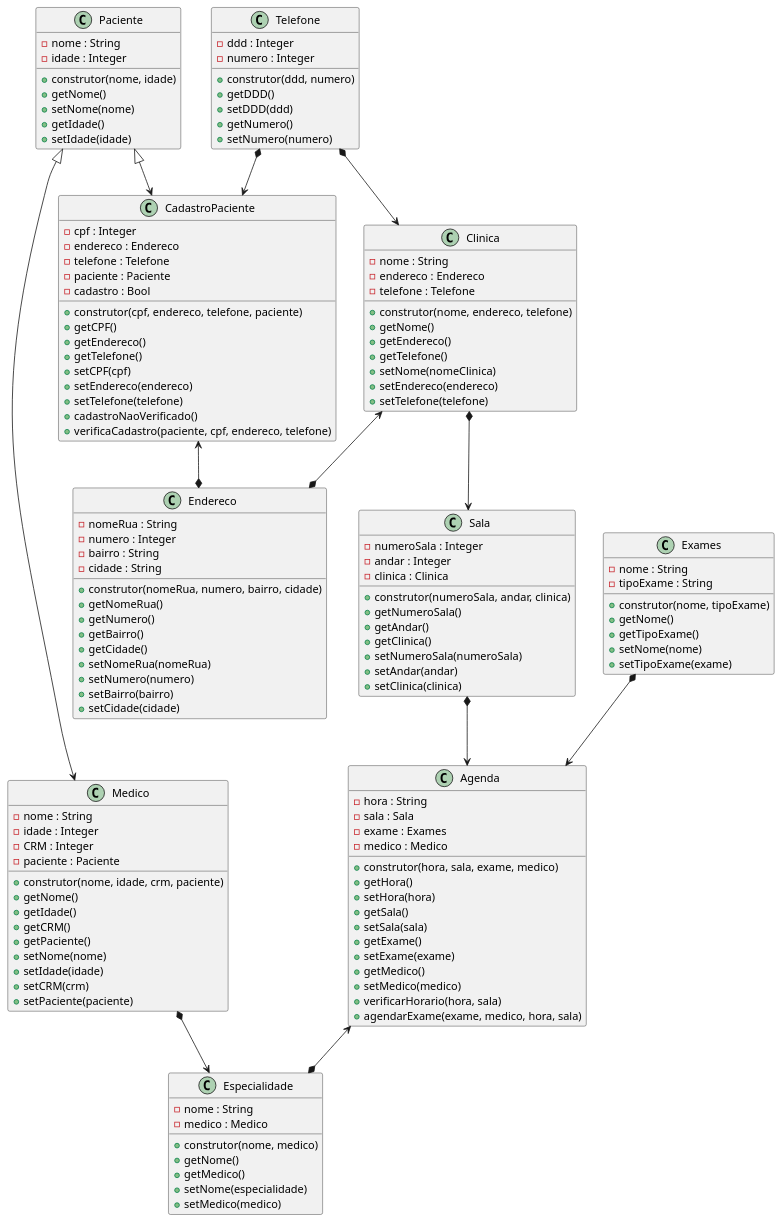
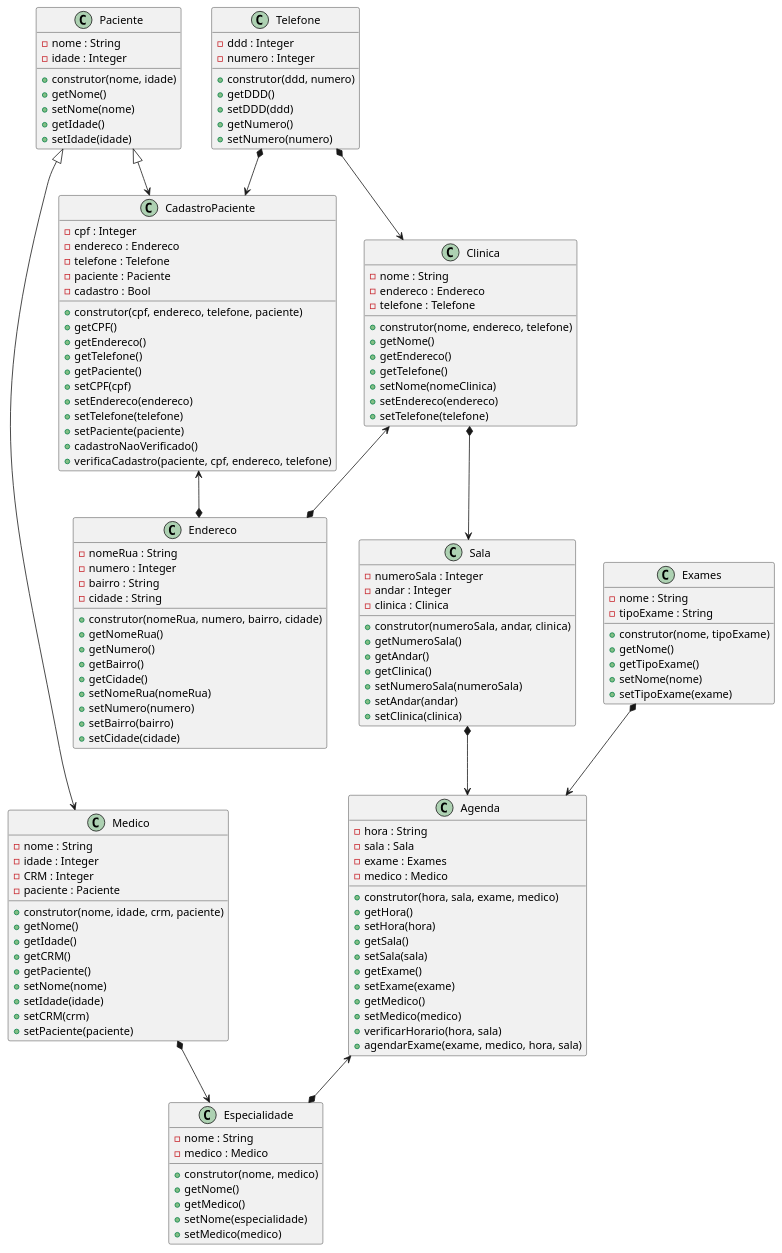
Before and after one commit to anleaes/2022-1-N2-POO-03: the diagram in diagrama.plantuml, drawn with PlantUML.

Commit message:
criado gets e sets na classe cadastroPaciente

```diff
--- a/diagrama.plantuml
+++ b/diagrama.plantuml
@@ -1,148 +1,150 @@
 @startuml Gerenciamento de Exames Medicos
 
     class Agenda{
         - hora : String
         - sala : Sala
         - exame : Exames
         - medico : Medico
         + construtor(hora, sala, exame, medico)
         + getHora()
         + setHora(hora)
         + getSala()
         + setSala(sala)
         + getExame()
         + setExame(exame)
         + getMedico()
         + setMedico(medico)
         + verificarHorario(hora, sala)
         + agendarExame(exame, medico, hora, sala)
     }
 
     class Paciente{
         - nome : String
         - idade : Integer
         + construtor(nome, idade)
         + getNome()
         + setNome(nome)
         + getIdade()
         + setIdade(idade)
     }
 
     class CadastroPaciente{
         - cpf : Integer
         - endereco : Endereco
         - telefone : Telefone
         - paciente : Paciente
         - cadastro : Bool
         + construtor(cpf, endereco, telefone, paciente)
         + getCPF()
         + getEndereco()
         + getTelefone()
+        + getPaciente()
         + setCPF(cpf)
         + setEndereco(endereco)
         + setTelefone(telefone)
+        + setPaciente(paciente)
         + cadastroNaoVerificado()
         + verificaCadastro(paciente, cpf, endereco, telefone)
     }
 
     class Medico{
         - nome : String
         - idade : Integer
         - CRM : Integer
         - paciente : Paciente
         + construtor(nome, idade, crm, paciente)
         + getNome()
         + getIdade()
         + getCRM()
         + getPaciente()
         + setNome(nome)
         + setIdade(idade)
         + setCRM(crm)
         + setPaciente(paciente)
     }
 
     class Exames{
         - nome : String
         - tipoExame : String
         + construtor(nome, tipoExame)
         + getNome()
         + getTipoExame()
         + setNome(nome)
         + setTipoExame(exame)
     }
 
     class Especialidade{
         - nome : String
         - medico : Medico
         + construtor(nome, medico)
         + getNome()
         + getMedico()
         + setNome(especialidade)
         + setMedico(medico)
     }
 
     class Clinica{
         - nome : String
         - endereco : Endereco
         - telefone : Telefone
         + construtor(nome, endereco, telefone)
         + getNome()
         + getEndereco()
         + getTelefone()
         + setNome(nomeClinica)
         + setEndereco(endereco)
         + setTelefone(telefone)
     }
 
     class Sala{
         - numeroSala : Integer
         - andar : Integer
         - clinica : Clinica
         + construtor(numeroSala, andar, clinica)
         + getNumeroSala()
         + getAndar()
         + getClinica()
         + setNumeroSala(numeroSala)
         + setAndar(andar)
         + setClinica(clinica)
     }
 
     class Endereco{
         - nomeRua : String
         - numero : Integer
         - bairro : String
         - cidade : String
         + construtor(nomeRua, numero, bairro, cidade)
         + getNomeRua()
         + getNumero()
         + getBairro()
         + getCidade()
         + setNomeRua(nomeRua)
         + setNumero(numero)
         + setBairro(bairro)
         + setCidade(cidade)
     }
 
     class Telefone{
         - ddd : Integer
         - numero : Integer
         + construtor(ddd, numero)
         + getDDD()
         + setDDD(ddd)
         + getNumero()
         + setNumero(numero)
     }
 
     Paciente <|--> CadastroPaciente
     Paciente <|--> Medico
     Medico *--> Especialidade
     Exames *--> Agenda
     Sala *--> Agenda
     Agenda <--* Especialidade
     Clinica *--> Sala
     Clinica <--* Endereco
     CadastroPaciente <--* Endereco
     Telefone *--> Clinica
     Telefone *--> CadastroPaciente
 
 @enduml
```
